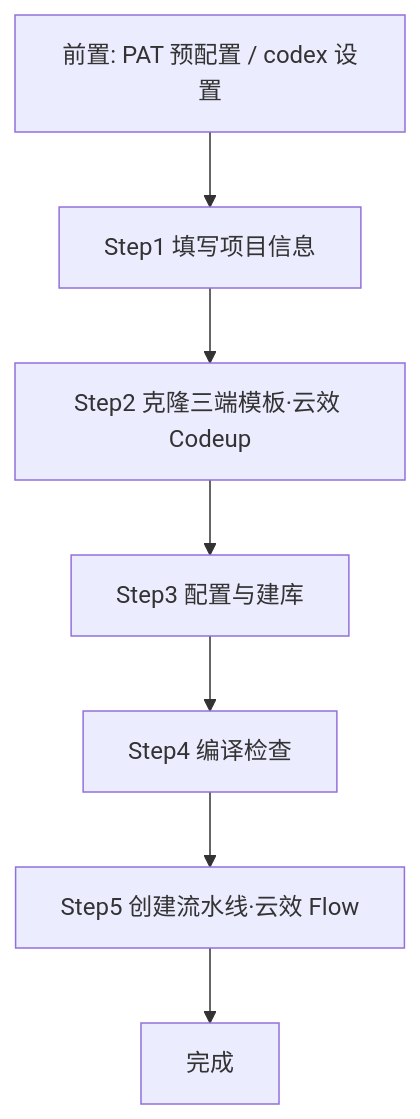
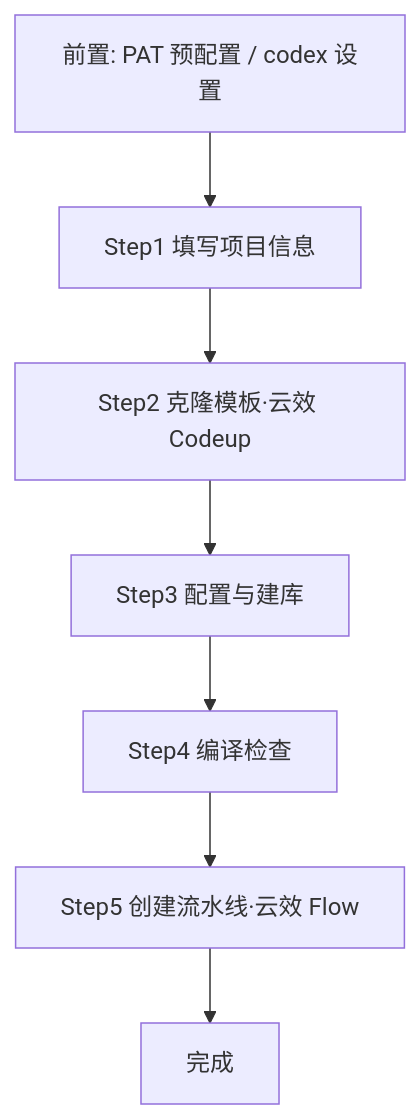
The fourth of 5 diagrams in docs/PRD-插件体系与新建项目插件.md (yswenli/luban-agent), drawn with Mermaid before and after one commit. The commit also changed other lines of this file, not shown here.

````diff
--- a/docs/PRD-插件体系与新建项目插件.md
+++ b/docs/PRD-插件体系与新建项目插件.md
@@ -459,9 +459,9 @@
 ```mermaid
 flowchart TD
     P[前置: PAT 预配置 / codex 设置] --> A[Step1 填写项目信息]
-    A --> B[Step2 克隆三端模板·云效 Codeup]
+    A --> B[Step2 克隆模板·云效 Codeup]
     B --> C[Step3 配置与建库]
     C --> D[Step4 编译检查]
     D --> E[Step5 创建流水线·云效 Flow]
     E --> F[完成]
 ```
````
